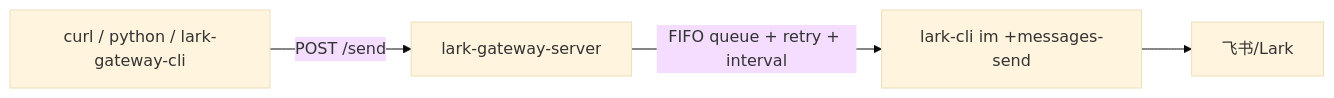
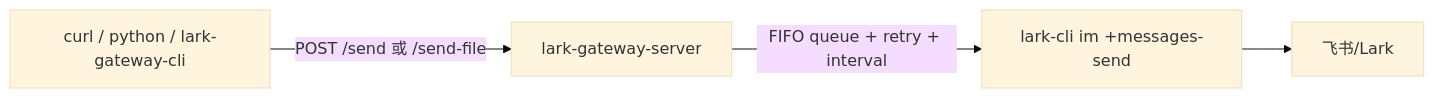
Before and after one commit to nerdneilsfield/lark-cli-gateway: the diagram in README.md, drawn with Mermaid (base theme). The commit also changed other lines of this file and 5 other files, not shown here.

````diff
--- a/README.md
+++ b/README.md
@@ -8,6 +8,6 @@
 ```mermaid
 flowchart LR
-    A[curl / python / lark-gateway-cli] -->|POST /send| B[lark-gateway-server]
+    A[curl / python / lark-gateway-cli] -->|POST /send 或 /send-file| B[lark-gateway-server]
     B -->|FIFO queue + retry + interval| C[lark-cli im +messages-send]
     C --> D[飞书/Lark]
 ```
````
